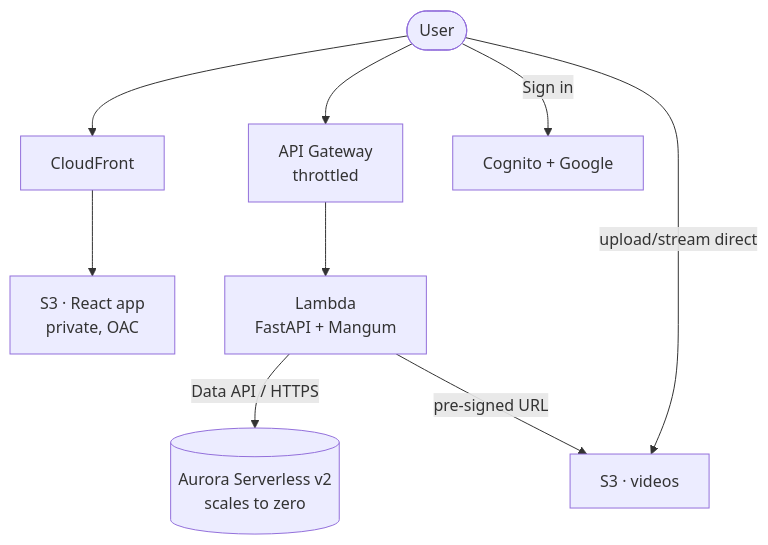
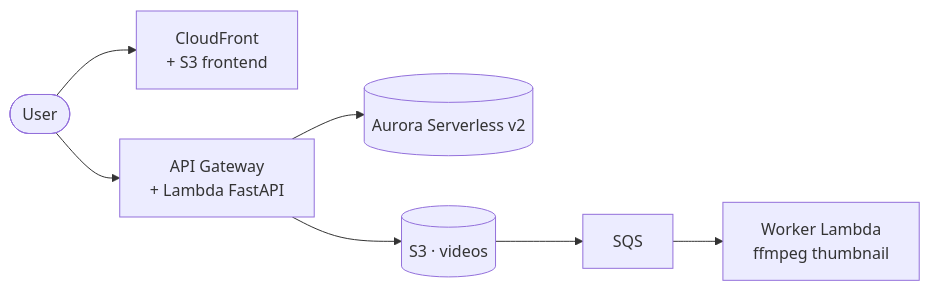
One commit to gabrielsmuller/mini-loom changed the diagram in README.md. Above: the diagram before and after it, drawn with Mermaid. The commit also changed other lines of this file, not shown here.

Commit message:
Revise architecture and backend stack in README
Updated architecture diagram and stack details in README

````diff
--- a/README.md
+++ b/README.md
@@ -7,12 +9,8 @@
 ```mermaid
-flowchart TD
-    User([User])
-    CF[CloudFront] --> S3F[S3 · React app<br/>private, OAC]
-    APIGW[API Gateway<br/>throttled] --> L[Lambda<br/>FastAPI + Mangum]
-    L -->|Data API / HTTPS| Aurora[(Aurora Serverless v2<br/>scales to zero)]
-    L -->|pre-signed URL| S3V[S3 · videos]
-    User --> CF
-    User -->|Sign in| Cognito[Cognito + Google]
-    User --> APIGW
-    User -->|upload/stream direct| S3V
+flowchart LR
+    User([User]) --> CF[CloudFront<br/>+ S3 frontend]
+    User --> API[API Gateway<br/>+ Lambda FastAPI]
+    API --> DB[(Aurora Serverless v2)]
+    API --> S3[(S3 · videos)]
+    S3 --> SQS[SQS] --> W[Worker Lambda<br/>ffmpeg thumbnail]
 ```
````
